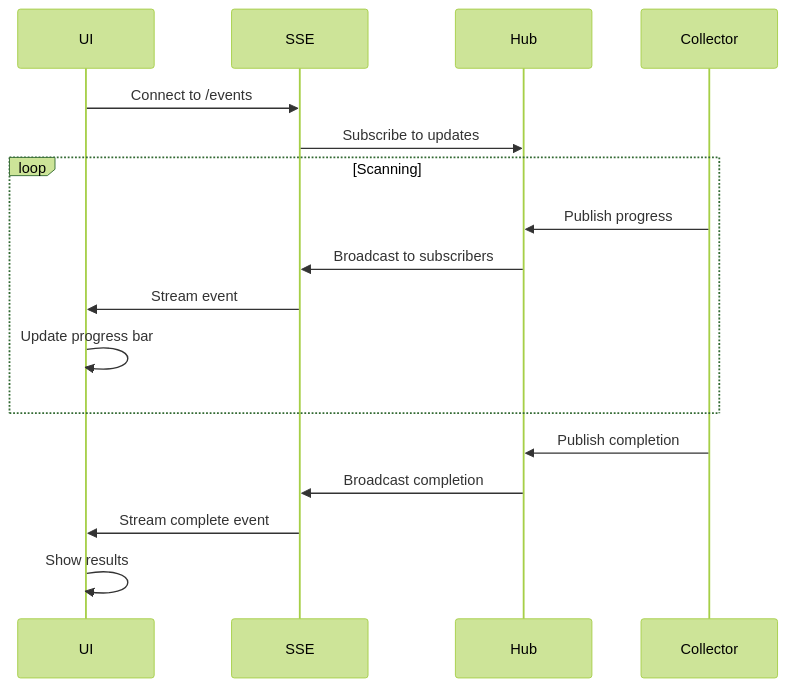
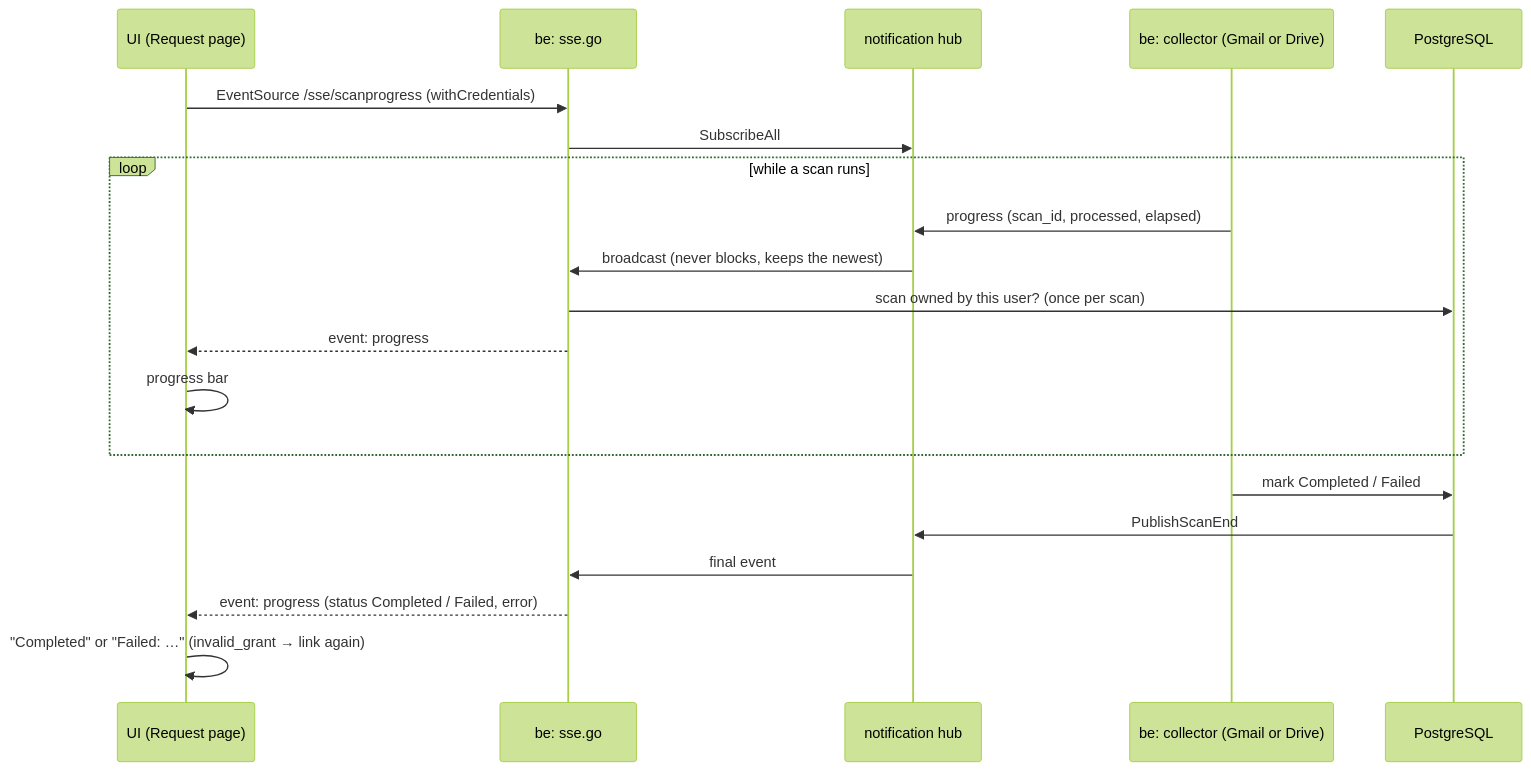
One commit to jyothri/bhandaar changed the fourth of 5 diagrams in docs/architecture.md. Above: the diagram before and after it, drawn with Mermaid (forest theme). The commit also changed other lines of this file, not shown here.

First line of the commit message:
docs: redraw the architecture diagrams as built (#34)

````diff
--- a/docs/architecture.md
+++ b/docs/architecture.md
@@ -326,22 +331,23 @@
 ```mermaid
 sequenceDiagram
-    participant UI
-    participant SSE
-    participant Hub
-    participant Collector
-    
-    UI->>SSE: Connect to /events
-    SSE->>Hub: Subscribe to updates
-    
-    loop Scanning
-        Collector->>Hub: Publish progress
-        Hub->>SSE: Broadcast to subscribers
-        SSE->>UI: Stream event
-        UI->>UI: Update progress bar
+    participant UI as UI (Request page)
+    participant SSE as be: sse.go
+    participant Hub as notification hub
+    participant Col as be: collector (Gmail or Drive)
+    participant DB as PostgreSQL
+
+    UI->>SSE: EventSource /sse/scanprogress (withCredentials)
+    SSE->>Hub: SubscribeAll
+    loop while a scan runs
+        Col->>Hub: progress (scan_id, processed, elapsed)
+        Hub->>SSE: broadcast (never blocks, keeps the newest)
+        SSE->>DB: scan owned by this user? (once per scan)
+        SSE-->>UI: event: progress
+        UI->>UI: progress bar
     end
-    
-    Collector->>Hub: Publish completion
-    Hub->>SSE: Broadcast completion
-    SSE->>UI: Stream complete event
-    UI->>UI: Show results
+    Col->>DB: mark Completed / Failed
+    DB->>Hub: PublishScanEnd
+    Hub->>SSE: final event
+    SSE-->>UI: event: progress (status Completed / Failed, error)
+    UI->>UI: "Completed" or "Failed: …" (invalid_grant → link again)
 ```
````
